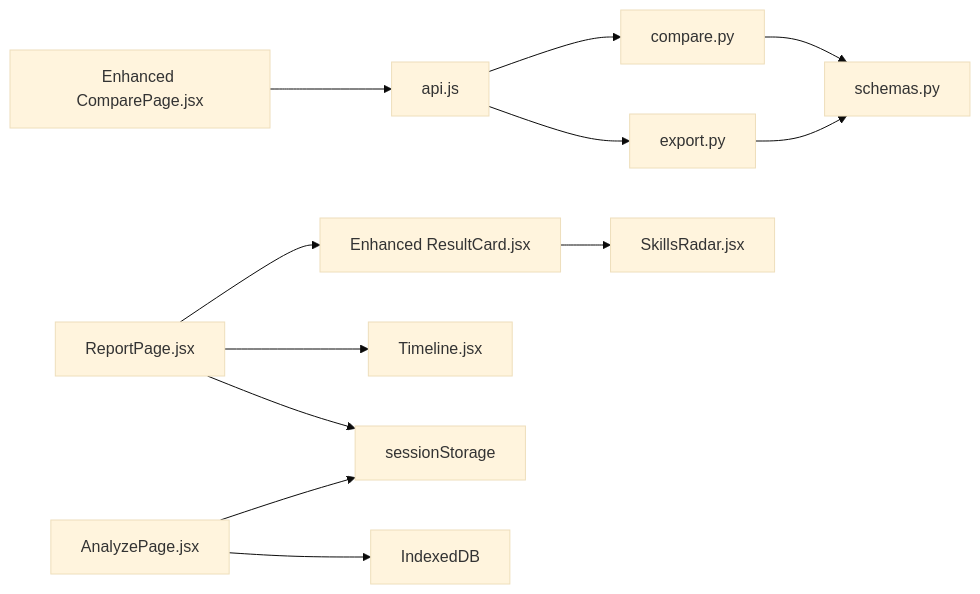
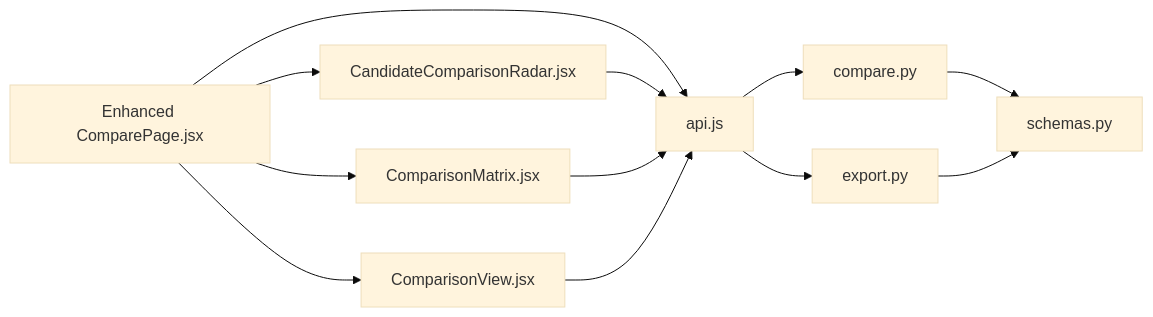
Before and after one commit to Revanththetalogics/aireume: the eighth of 8 diagrams in .qoder/repowiki/en/content/Reporting & Analytics/Comparison & Visualization.md, drawn with Mermaid (base theme). The commit also changed other lines of this file and 32 other files, not shown here.

````diff
--- a/.qoder/repowiki/en/content/Reporting & Analytics/Comparison & Visualization.md
+++ b/.qoder/repowiki/en/content/Reporting & Analytics/Comparison & Visualization.md
@@ -415,14 +351,14 @@
 ```mermaid
 graph LR
-CP["Enhanced ComparePage.jsx"] --> API["api.js"]
-RC["Enhanced ResultCard.jsx"] --> SR["SkillsRadar.jsx"]
-RP["ReportPage.jsx"] --> RC
-RP --> TL["Timeline.jsx"]
-AP["AnalyzePage.jsx"] --> SESSION["sessionStorage"]
-AP --> IDB["IndexedDB"]
+CP["Enhanced ComparePage.jsx"] --> CCR["CandidateComparisonRadar.jsx"]
+CP --> CM["ComparisonMatrix.jsx"]
+CP --> CV["ComparisonView.jsx"]
+CP --> API["api.js"]
+CCR --> API
+CM --> API
+CV --> API
 API --> CMP["compare.py"]
 API --> EXP["export.py"]
 CMP --> SCH["schemas.py"]
 EXP --> SCH
-RP --> SESSION
 ```
````
